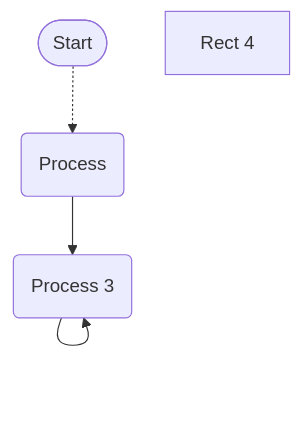
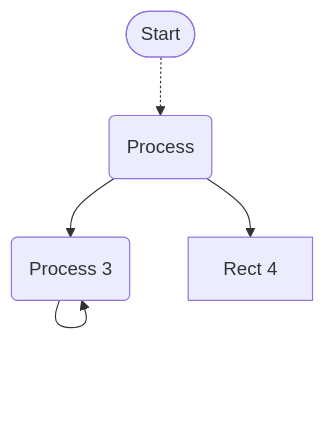
One commit to pingpm/mermaid_vault changed the diagram in mmd/流程图_3c82e5dc-80e4-4b41-a50d-f90f98ff5790.mmd. Above: the diagram before and after it, drawn with Mermaid. The commit also changed 2 other files, not shown here.

Commit message:
Sync Mermaid Studio data (12 diagrams)

```diff
--- a/mmd/流程图_3c82e5dc-80e4-4b41-a50d-f90f98ff5790.mmd
+++ b/mmd/流程图_3c82e5dc-80e4-4b41-a50d-f90f98ff5790.mmd
@@ -1,8 +1,9 @@
 graph TD
   start(["Start"])
   1("Process")
   2b55b8de-e64f-48f1-a8b6-94cca48b33d2("Process 3")
   f836676b-fb2c-4936-a911-d066d325c8e0["Rect 4"]
   start -.-> 1
   2b55b8de-e64f-48f1-a8b6-94cca48b33d2 --> 2b55b8de-e64f-48f1-a8b6-94cca48b33d2
   1 --> 2b55b8de-e64f-48f1-a8b6-94cca48b33d2
+  1 --> f836676b-fb2c-4936-a911-d066d325c8e0
```
